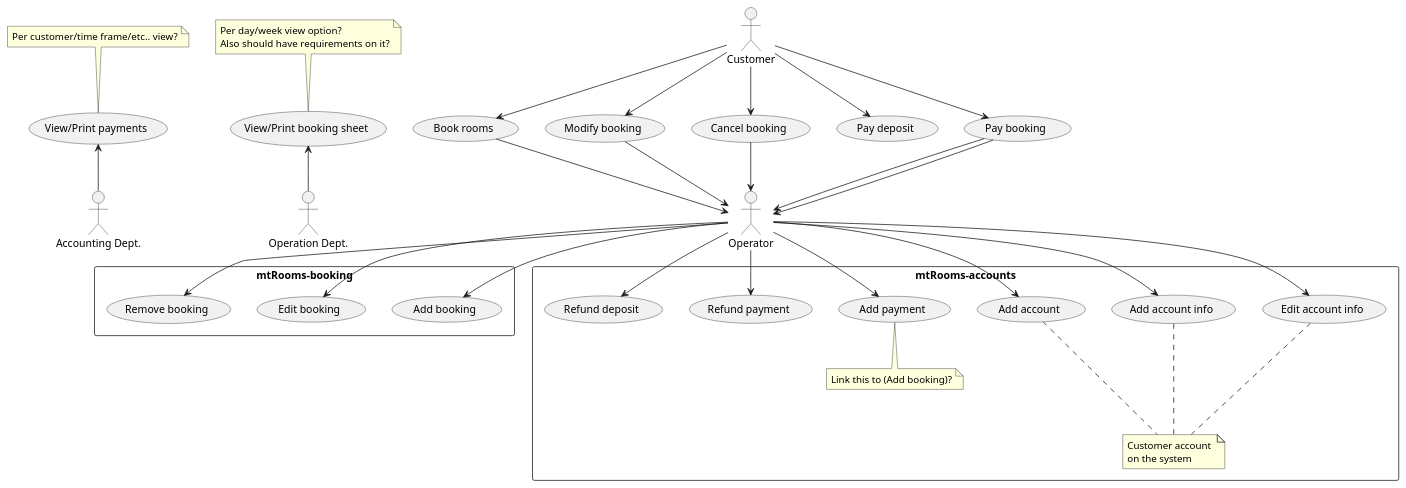
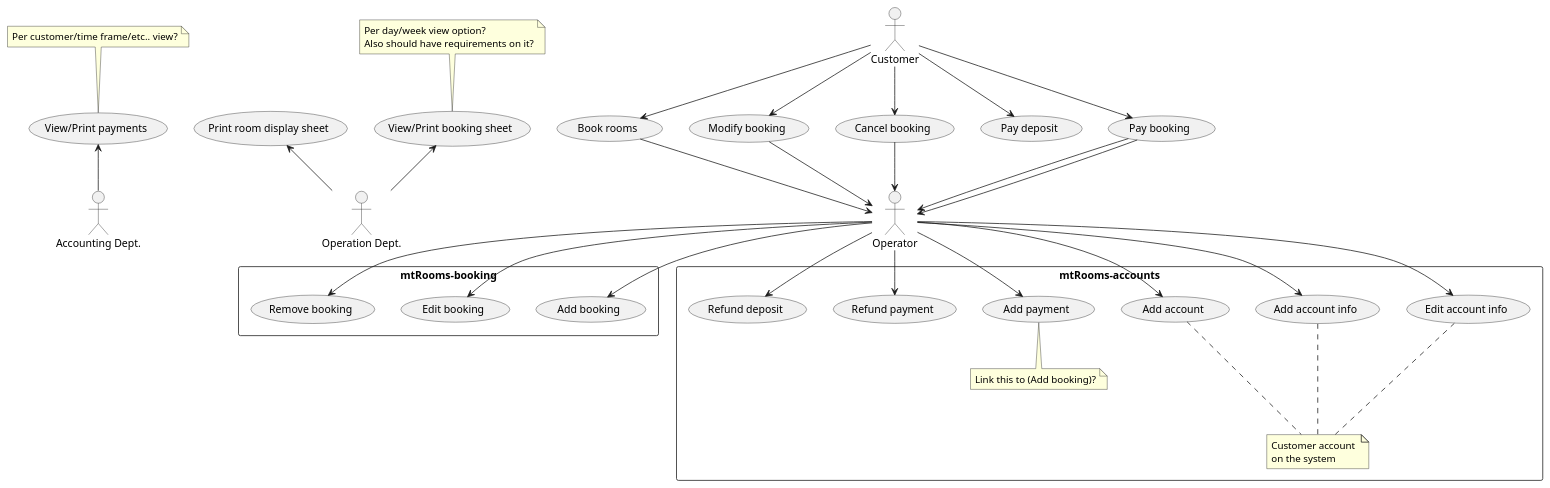
One commit to BBKbeam/mtRooms changed the diagram in docs/uml/use_case.puml. Above: the diagram before and after it, drawn with PlantUML.

Commit message:
[use case] added room sheets printing for ops

```diff
--- a/docs/uml/use_case.puml
+++ b/docs/uml/use_case.puml
@@ -1,44 +1,45 @@
 @startuml
 
 Customer -down-> (Book rooms)
 Customer -down-> (Modify booking)
 Customer -down-> (Cancel booking)
 Customer -down-> (Pay deposit)
 Customer -down-> (Pay booking)
 
 (Book rooms) -down-> Operator
 (Modify booking) -down-> Operator
 (Cancel booking) -down-> Operator
 (Pay booking) -down-> Operator
 (Pay booking) -down-> Operator
 
 rectangle mtRooms-booking {
     Operator -down-> (Add booking)
     Operator -down-> (Edit booking)
     Operator -down-> (Remove booking)
 }
 
 rectangle mtRooms-accounts {
     Operator -down-> (Add account)
     note "Customer account \non the system" as note1
     note1 -up.. (Add account)
     note1 -up.. (Add account info)
     note1 -up.. (Edit account info)
     Operator -down-> (Add account info)
     Operator -down-> (Edit account info)
     Operator -down-> (Add payment)
     note bottom of (Add payment) : Link this to (Add booking)?
     Operator -down-> (Refund payment)
     Operator -down-> (Refund deposit)
 }
 
 :Operation Dept.: as Ops
 :Accounting Dept.: as Accounting
 
 Ops -up-> (View/Print booking sheet)
+Ops -up-> (Print room display sheet)
 note top of (View/Print booking sheet) : Per day/week view option?\nAlso should have requirements on it?
 
 Accounting -up-> (View/Print payments)
 note top of (View/Print payments) : Per customer/time frame/etc.. view?
 
 @enduml
```
